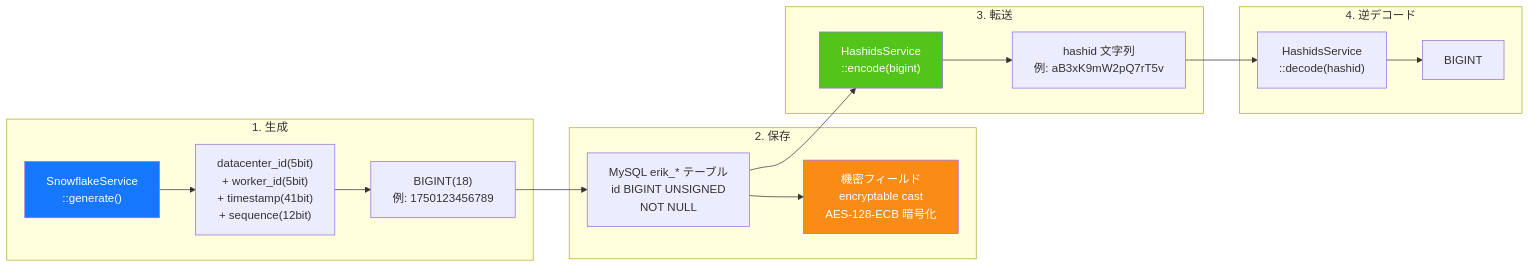
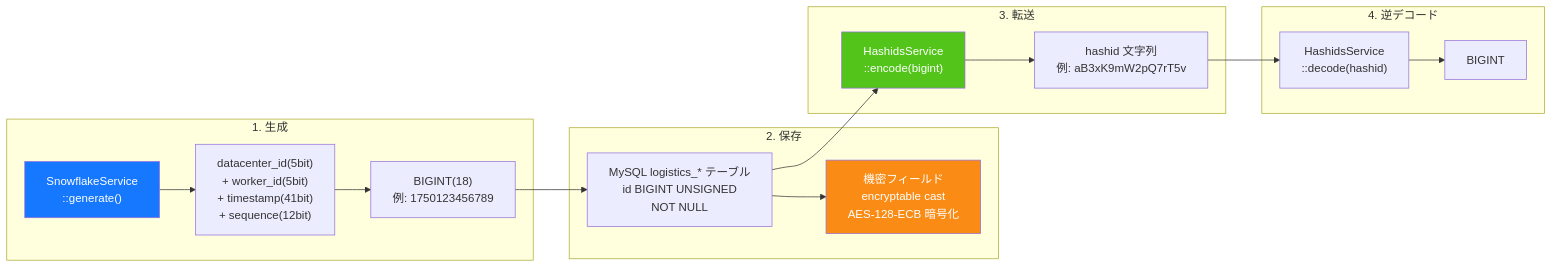
The seventh of 14 diagrams in admin/docs/ARCHITECTURE.ja.md (erikwang2013/integrated-global-logistics), drawn with Mermaid before and after one commit. The commit also changed other lines of this file and 211 other files, not shown here.

````diff
--- a/admin/docs/ARCHITECTURE.ja.md
+++ b/admin/docs/ARCHITECTURE.ja.md
@@ -364,33 +364,33 @@
 ```mermaid
 flowchart LR
     subgraph "1. 生成"
         G1["SnowflakeService<br/>::generate()"]
         G2["datacenter_id(5bit)<br/>+ worker_id(5bit)<br/>+ timestamp(41bit)<br/>+ sequence(12bit)"]
         G3["BIGINT(18)<br/>例: 1750123456789"]
         G1 --> G2 --> G3
     end
 
     subgraph "2. 保存"
-        S1["MySQL erik_* テーブル<br/>id BIGINT UNSIGNED<br/>NOT NULL"]
+        S1["MySQL logistics_* テーブル<br/>id BIGINT UNSIGNED<br/>NOT NULL"]
         S2["機密フィールド<br/>encryptable cast<br/>AES-128-ECB 暗号化"]
         G3 --> S1
         S1 --> S2
     end
 
     subgraph "3. 転送"
         T1["HashidsService<br/>::encode(bigint)"]
         T2["hashid 文字列<br/>例: aB3xK9mW2pQ7rT5v"]
         S1 --> T1
         T1 --> T2
     end
 
     subgraph "4. 逆デコード"
         R1["HashidsService<br/>::decode(hashid)"]
         R2["BIGINT"]
         T2 --> R1 --> R2
     end
 
     style G1 fill:#1677FF,color:#fff
     style T1 fill:#52C41A,color:#fff
     style S2 fill:#FA8C16,color:#fff
 ```
````
